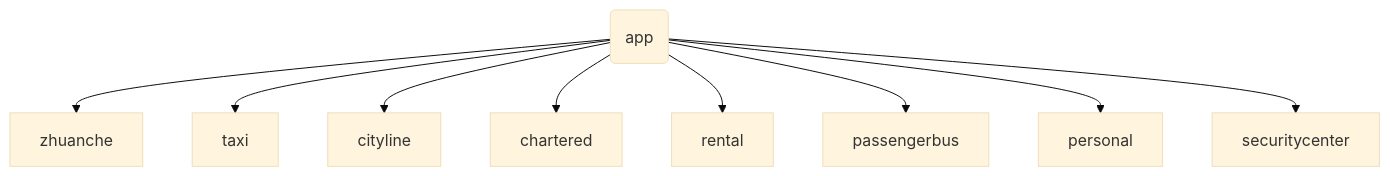
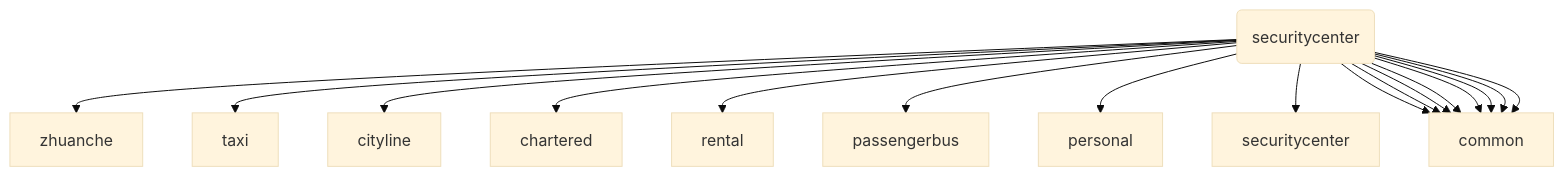
The diagram in README.md (moutainhigh/driver), drawn with Mermaid (base theme) before and after one commit.

````diff
--- a/README.md
+++ b/README.md
@@ -21,11 +21,21 @@
 ```mermaid
    graph TD
       id4(app) --> zhuanche
       id4(app) --> taxi
       id4(app) --> cityline
       id4(app) --> chartered
       id4(app) --> rental
       id4(app) --> passengerbus
       id4(app) --> personal
       id4(app) --> securitycenter
+      
+      id4(zhuanche) --> common
+      id4(taxi) --> common
+      id4(cityline) --> common
+      id4(chartered) --> common
+      id4(rental) --> common
+      id4(passengerbus) --> common
+      id4(personal) --> common
+      id4(securitycenter) --> common
+      
 ```
````
